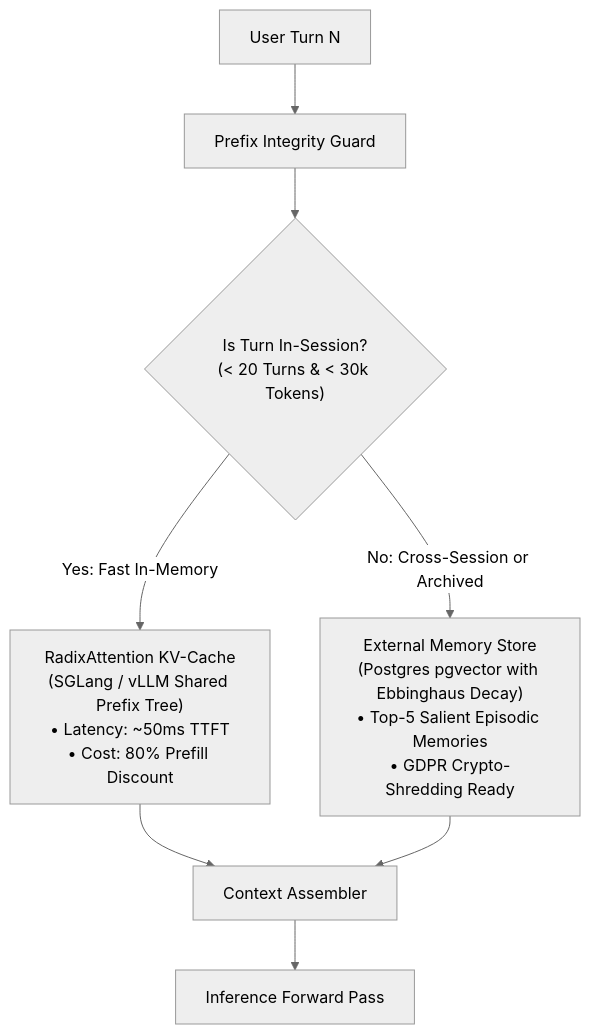
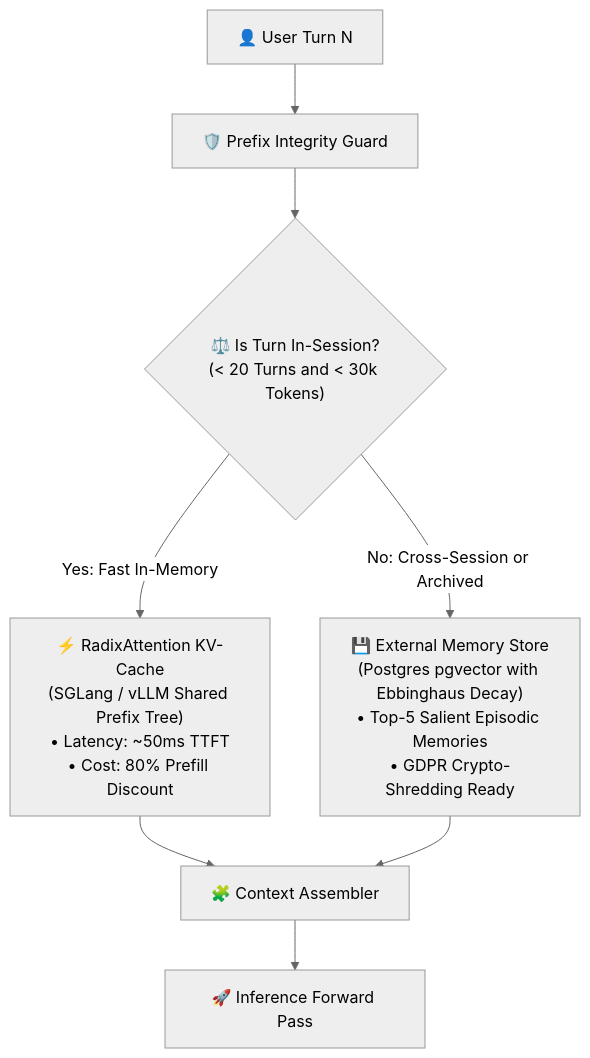
The diagram in architecture/adrs/ADR-004-radixattention-kv-cache-vs-external-memory-stores.md (dip4k/senior-engineer-to-ai-engineer-roadmap), drawn with Mermaid (neutral theme) before and after one commit. The commit also changed 94 other files, not shown here.

Commit message:
refactor(curriculum): complete Phase 04 upgrade and enforce diagram renderer invariants

````diff
--- a/architecture/adrs/ADR-004-radixattention-kv-cache-vs-external-memory-stores.md
+++ b/architecture/adrs/ADR-004-radixattention-kv-cache-vs-external-memory-stores.md
@@ -30,13 +30,13 @@
 ```mermaid
 flowchart TD
-    Turn["User Turn N"] --> Pre["Prefix Integrity Guard"]
-    Pre --> Cache{"Is Turn In-Session?<br>(< 20 Turns & < 30k Tokens)"}
+    Turn["👤 User Turn N"] --> Pre["🛡️ Prefix Integrity Guard"]
+    Pre --> Cache{"⚖️ Is Turn In-Session?<br>(< 20 Turns and < 30k Tokens)"}
     
-    Cache -->|"Yes: Fast In-Memory"| Radix["RadixAttention KV-Cache<br>(SGLang / vLLM Shared Prefix Tree)<br>• Latency: ~50ms TTFT<br>• Cost: 80% Prefill Discount"]
+    Cache -->|"Yes: Fast In-Memory"| Radix["⚡ RadixAttention KV-Cache<br>(SGLang / vLLM Shared Prefix Tree)<br>• Latency: ~50ms TTFT<br>• Cost: 80% Prefill Discount"]
     
-    Cache -->|"No: Cross-Session or Archived"| Ext["External Memory Store<br>(Postgres pgvector with Ebbinghaus Decay)<br>• Top-5 Salient Episodic Memories<br>• GDPR Crypto-Shredding Ready"]
+    Cache -->|"No: Cross-Session or Archived"| Ext["💾 External Memory Store<br>(Postgres pgvector with Ebbinghaus Decay)<br>• Top-5 Salient Episodic Memories<br>• GDPR Crypto-Shredding Ready"]
     
-    Radix --> Assemble["Context Assembler"]
+    Radix --> Assemble["🧩 Context Assembler"]
     Ext --> Assemble
-    Assemble --> Inference["Inference Forward Pass"]
+    Assemble --> Inference["🚀 Inference Forward Pass"]
 ```
````
